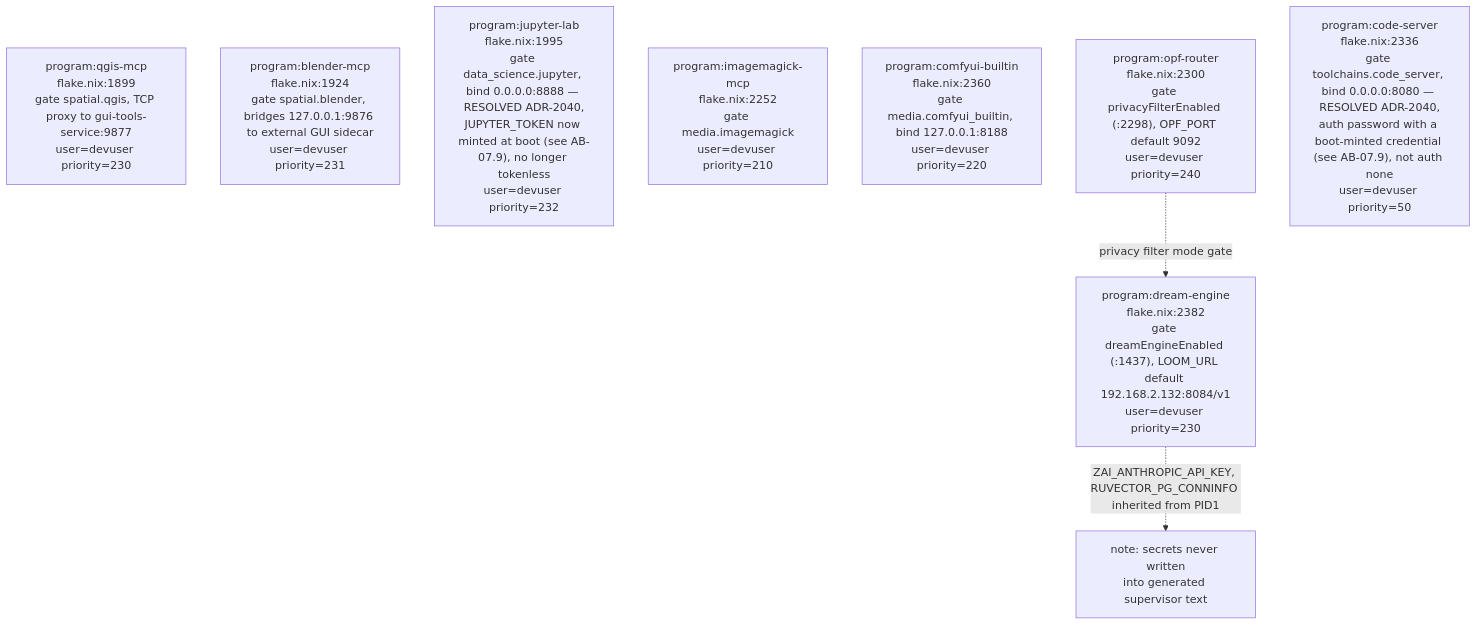
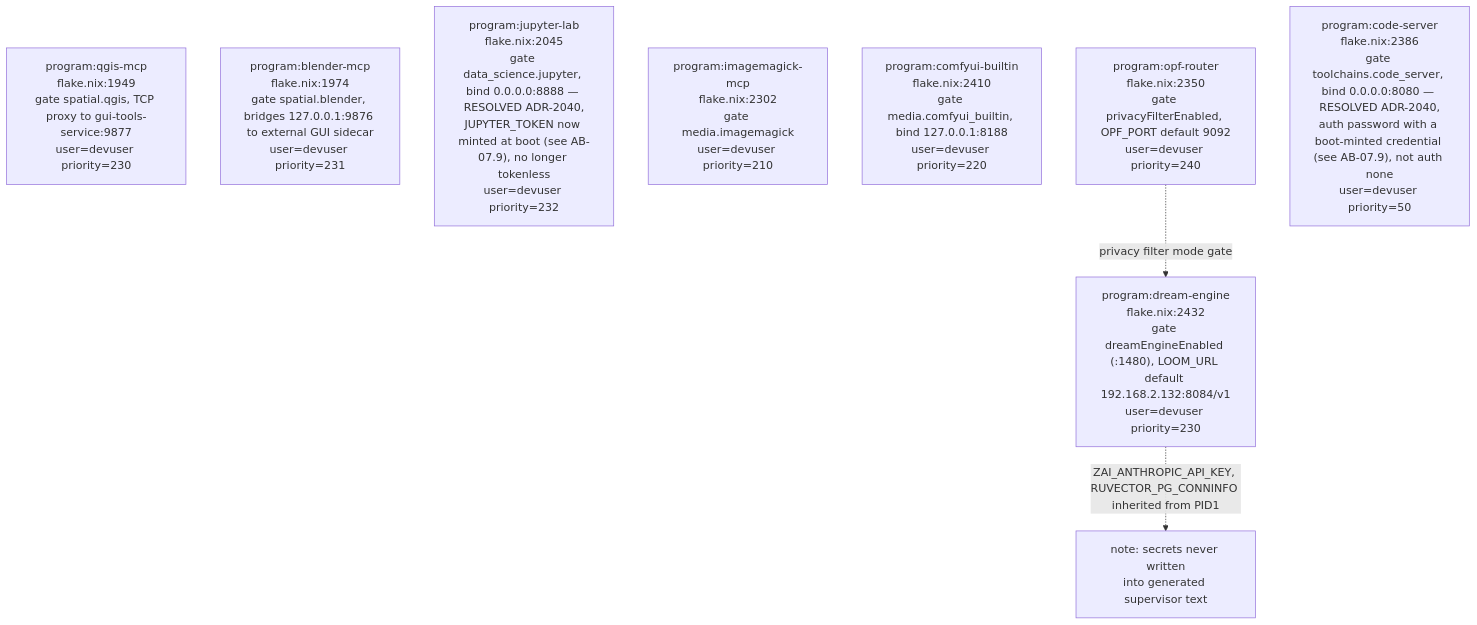
The fifth of 20 diagrams in docs/diagrams/agentbox/02-boot-sequence-and-readiness.md (DreamLab-AI/VisionFlow), drawn with Mermaid before and after one commit. The commit also changed other lines of this file and 136 other files, not shown here.

First line of the commit message:
docs(diagrams): refresh the whole corpus to code HEAD and prune low-value diagrams

````diff
--- a/docs/diagrams/agentbox/02-boot-sequence-and-readiness.md
+++ b/docs/diagrams/agentbox/02-boot-sequence-and-readiness.md
@@ -232,14 +227,14 @@
 ```mermaid
 flowchart TB
-    QGIS["program:qgis-mcp<br/>flake.nix:1899<br/>gate spatial.qgis, TCP proxy to gui-tools-service:9877<br/>user=devuser priority=230"]
-    BLEND["program:blender-mcp<br/>flake.nix:1924<br/>gate spatial.blender, bridges 127.0.0.1:9876 to external GUI sidecar<br/>user=devuser priority=231"]
-    JLAB["program:jupyter-lab<br/>flake.nix:1995<br/>gate data_science.jupyter, bind 0.0.0.0:8888 — RESOLVED ADR-2040,<br/>JUPYTER_TOKEN now minted at boot (see AB-07.9), no longer tokenless<br/>user=devuser priority=232"]
-    IMGM["program:imagemagick-mcp<br/>flake.nix:2252<br/>gate media.imagemagick<br/>user=devuser priority=210"]
-    COMFY["program:comfyui-builtin<br/>flake.nix:2360<br/>gate media.comfyui_builtin, bind 127.0.0.1:8188<br/>user=devuser priority=220"]
-    OPF["program:opf-router<br/>flake.nix:2300<br/>gate privacyFilterEnabled (:2298), OPF_PORT default 9092<br/>user=devuser priority=240"]
-    DREAM["program:dream-engine<br/>flake.nix:2382<br/>gate dreamEngineEnabled (:1437), LOOM_URL default 192.168.2.132:8084/v1<br/>user=devuser priority=230"]
-    CODES["program:code-server<br/>flake.nix:2336<br/>gate toolchains.code_server, bind 0.0.0.0:8080 — RESOLVED ADR-2040,<br/>auth password with a boot-minted credential (see AB-07.9), not auth none<br/>user=devuser priority=50"]
+    QGIS["program:qgis-mcp<br/>flake.nix:1949<br/>gate spatial.qgis, TCP proxy to gui-tools-service:9877<br/>user=devuser priority=230"]
+    BLEND["program:blender-mcp<br/>flake.nix:1974<br/>gate spatial.blender, bridges 127.0.0.1:9876 to external GUI sidecar<br/>user=devuser priority=231"]
+    JLAB["program:jupyter-lab<br/>flake.nix:2045<br/>gate data_science.jupyter, bind 0.0.0.0:8888 — RESOLVED ADR-2040,<br/>JUPYTER_TOKEN now minted at boot (see AB-07.9), no longer tokenless<br/>user=devuser priority=232"]
+    IMGM["program:imagemagick-mcp<br/>flake.nix:2302<br/>gate media.imagemagick<br/>user=devuser priority=210"]
+    COMFY["program:comfyui-builtin<br/>flake.nix:2410<br/>gate media.comfyui_builtin, bind 127.0.0.1:8188<br/>user=devuser priority=220"]
+    OPF["program:opf-router<br/>flake.nix:2350<br/>gate privacyFilterEnabled, OPF_PORT default 9092<br/>user=devuser priority=240"]
+    DREAM["program:dream-engine<br/>flake.nix:2432<br/>gate dreamEngineEnabled (:1480), LOOM_URL default 192.168.2.132:8084/v1<br/>user=devuser priority=230"]
+    CODES["program:code-server<br/>flake.nix:2386<br/>gate toolchains.code_server, bind 0.0.0.0:8080 — RESOLVED ADR-2040,<br/>auth password with a boot-minted credential (see AB-07.9), not auth none<br/>user=devuser priority=50"]
 
     OPF -.->|"privacy filter mode gate"| DREAM
     DREAM -.->|"ZAI_ANTHROPIC_API_KEY, RUVECTOR_PG_CONNINFO inherited from PID1"| RVNOTE["note: secrets never written<br/>into generated supervisor text"]
 ```
````
